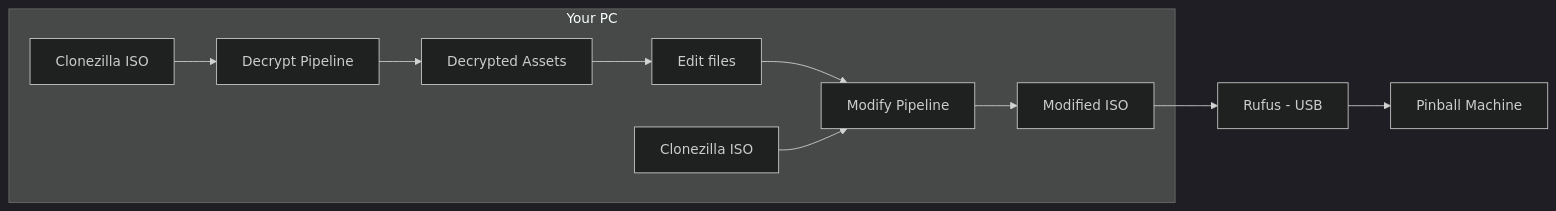
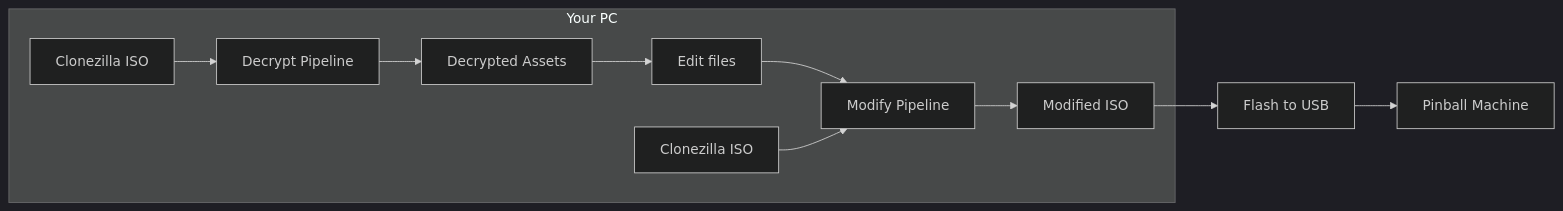
Before and after one commit to crobby/jjp-decryptor: the first of 3 diagrams in README.md, drawn with Mermaid (dark theme). The commit also changed other lines of this file and 3 other files, not shown here.

````diff
--- a/README.md
+++ b/README.md
@@ -176,13 +179,13 @@
 ```mermaid
 flowchart LR
     subgraph Your PC
         ISO1[Clonezilla ISO] --> DEC[Decrypt Pipeline]
         DEC --> FILES[Decrypted Assets]
         FILES --> EDIT[Edit files]
         EDIT --> MOD[Modify Pipeline]
         ISO2[Clonezilla ISO] --> MOD
         MOD --> MISO[Modified ISO]
     end
-    MISO --> RUFUS[Rufus - USB]
-    RUFUS --> MACHINE[Pinball Machine]
+    MISO --> FLASH[Flash to USB]
+    FLASH --> MACHINE[Pinball Machine]
 ```
````
